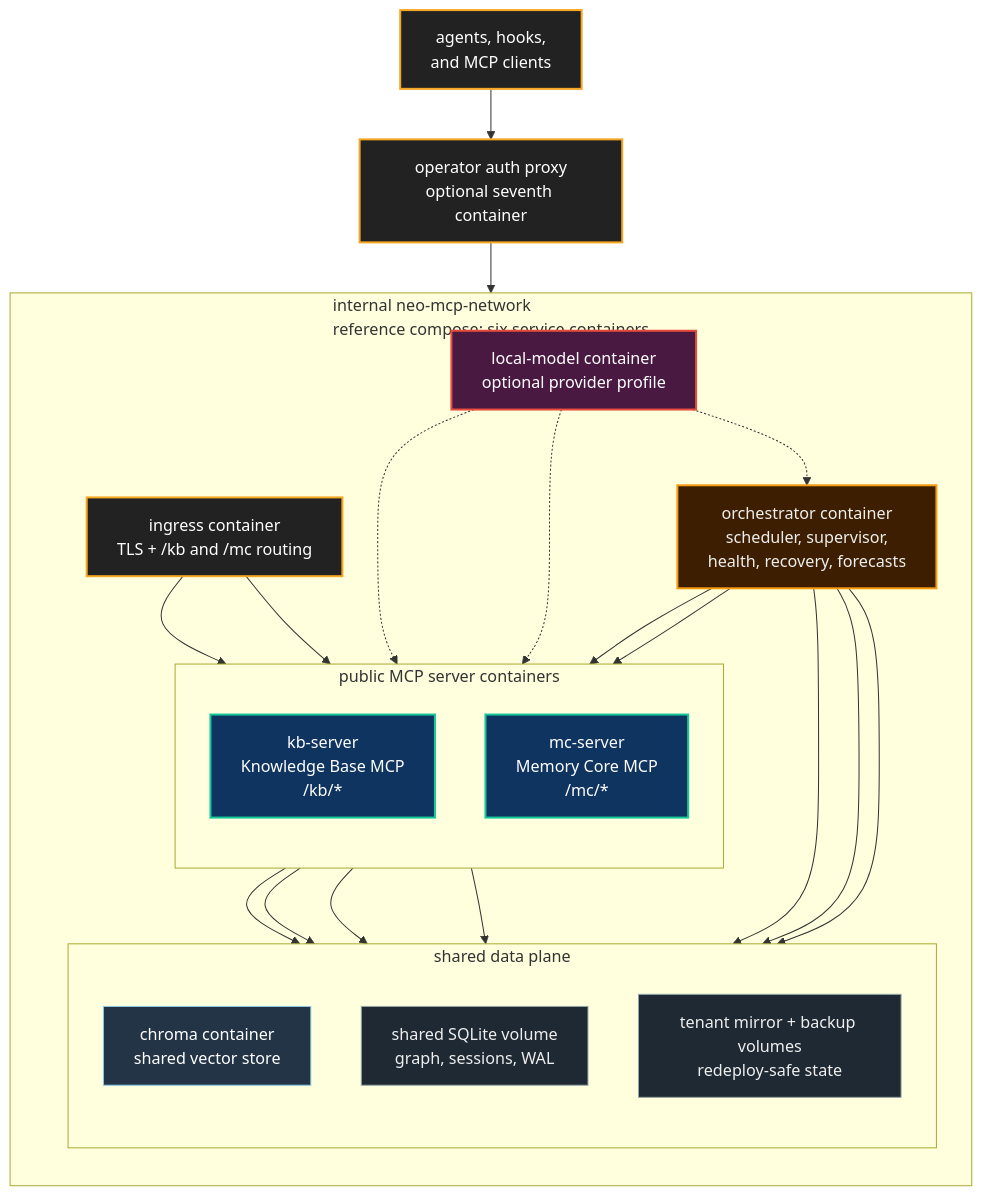
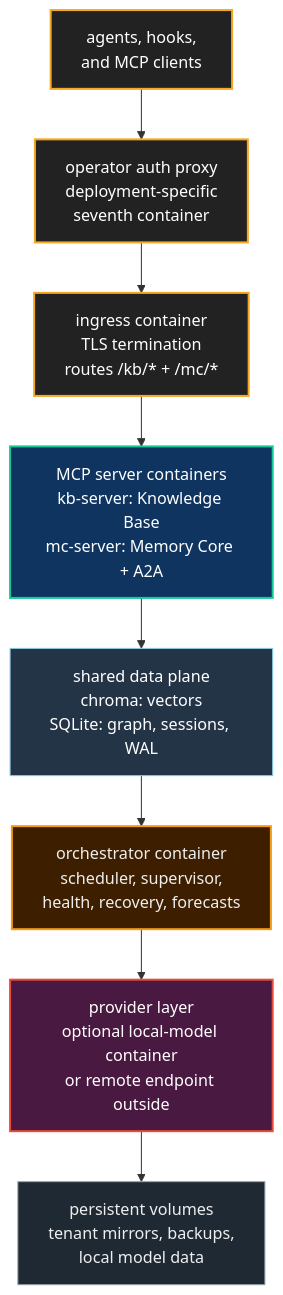
Before and after one commit to neomjs/neo: the second of 2 diagrams in learn/benefits/DeployingTheAgentOS.md, drawn with Mermaid. The commit also changed other lines of this file, not shown here.

Commit message:
docs(benefits): render-verify Agent OS diagrams (#14321)

````diff
--- a/learn/benefits/DeployingTheAgentOS.md
+++ b/learn/benefits/DeployingTheAgentOS.md
@@ -93,47 +75,26 @@
 ```mermaid
 flowchart TD
     classDef public fill:#222,stroke:#f5a623,stroke-width:2px,color:#fff
     classDef mcp fill:#0f3460,stroke:#16c79a,stroke-width:2px,color:#fff
     classDef infra fill:#243447,stroke:#8ecae6,stroke-width:1px,color:#fff
     classDef control fill:#3d1f00,stroke:#f39c12,stroke-width:2px,color:#eee
     classDef model fill:#4a1942,stroke:#e74c3c,stroke-width:2px,color:#fff
     classDef volume fill:#1f2933,stroke:#95a5a6,stroke-width:1px,color:#eee
 
     Clients["agents, hooks,<br/>and MCP clients"]:::public
-    AuthProxy["operator auth proxy<br/>optional seventh container"]:::public
-
-    subgraph Network["internal neo-mcp-network<br/>reference compose: six service containers"]
-        direction TB
-        Ingress["ingress container<br/>TLS + /kb and /mc routing"]:::public
-        subgraph McpServers["public MCP server containers"]
-            direction TB
-            KB["kb-server<br/>Knowledge Base MCP<br/>/kb/*"]:::mcp
-            MC["mc-server<br/>Memory Core MCP<br/>/mc/*"]:::mcp
-        end
-        subgraph DataPlane["shared data plane"]
-            direction TB
-            Chroma["chroma container<br/>shared vector store"]:::infra
-            SQLite["shared SQLite volume<br/>graph, sessions, WAL"]:::volume
-            State["tenant mirror + backup volumes<br/>redeploy-safe state"]:::volume
-        end
-        Orchestrator["orchestrator container<br/>scheduler, supervisor,<br/>health, recovery, forecasts"]:::control
-        LocalModel["local-model container<br/>optional provider profile"]:::model
-    end
+    AuthProxy["operator auth proxy<br/>deployment-specific<br/>seventh container"]:::public
+    Ingress["ingress container<br/>TLS termination<br/>routes /kb/* + /mc/*"]:::public
+    McpServers["MCP server containers<br/>kb-server: Knowledge Base<br/>mc-server: Memory Core + A2A"]:::mcp
+    DataPlane["shared data plane<br/>chroma: vectors<br/>SQLite: graph, sessions, WAL"]:::infra
+    Orchestrator["orchestrator container<br/>scheduler, supervisor,<br/>health, recovery, forecasts"]:::control
+    Provider["provider layer<br/>optional local-model container<br/>or remote endpoint outside"]:::model
+    State["persistent volumes<br/>tenant mirrors, backups,<br/>local model data"]:::volume
 
     Clients --> AuthProxy
     AuthProxy --> Ingress
-    Ingress --> KB
-    Ingress --> MC
-    KB --> Chroma
-    MC --> Chroma
-    KB --> SQLite
-    MC --> SQLite
-    Orchestrator --> KB
-    Orchestrator --> MC
-    Orchestrator --> Chroma
-    Orchestrator --> SQLite
-    Orchestrator --> State
-    LocalModel -.-> KB
-    LocalModel -.-> MC
-    LocalModel -.-> Orchestrator
+    Ingress --> McpServers
+    McpServers --> DataPlane
+    DataPlane --> Orchestrator
+    Orchestrator --> Provider
+    Provider --> State
 ```
````
